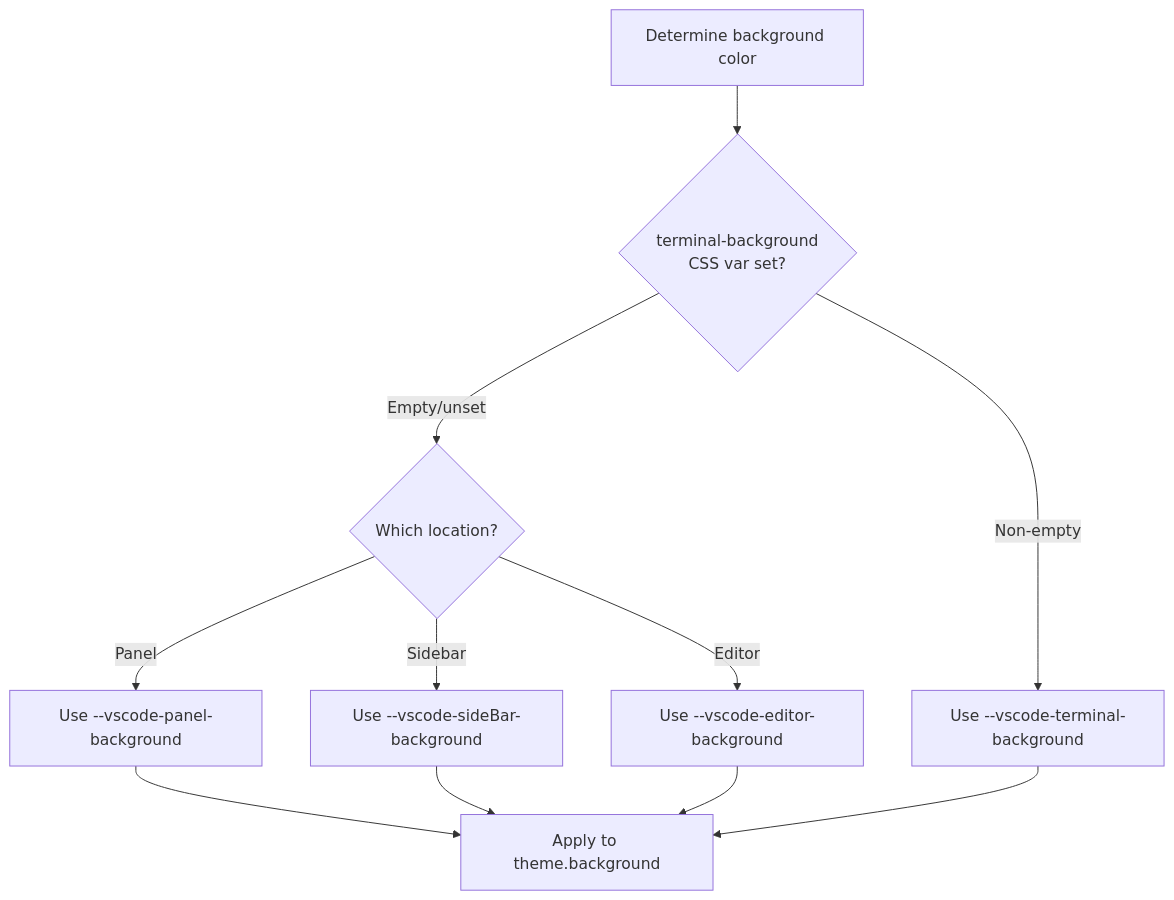
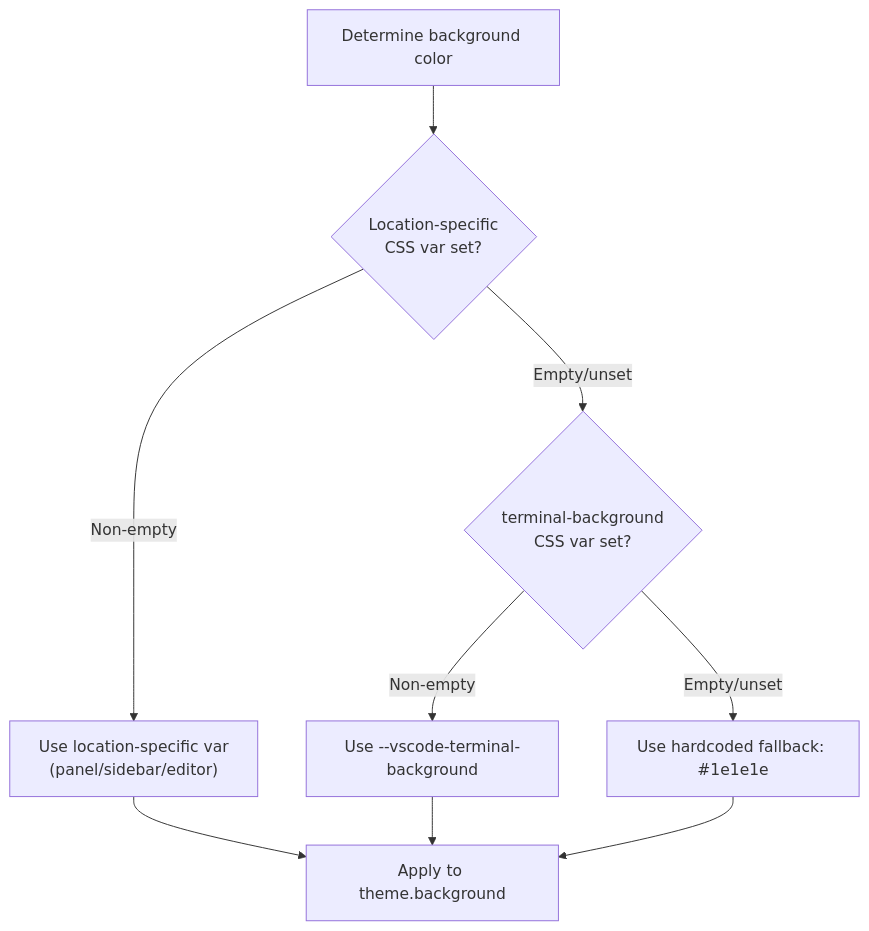
The first of 7 diagrams in docs/design/theme-integration.md (huybuidac/anywhere-terminal), drawn with Mermaid before and after one commit. The commit also changed other lines of this file and 46 other files, not shown here.

Commit message:
refactor: extract terminal factory, split renderer, and flow control into dedicated modules, reducing main.ts to a composition root, and add new webview tests.

````diff
--- a/docs/design/theme-integration.md
+++ b/docs/design/theme-integration.md
@@ -63,13 +79,11 @@
 ```mermaid
 flowchart TD
-    A["Determine background color"] --> B{"terminal-background\nCSS var set?"}
-    B -->|"Non-empty"| C["Use --vscode-terminal-background"]
-    B -->|"Empty/unset"| D{"Which location?"}
-    D -->|"Panel"| E["Use --vscode-panel-background"]
-    D -->|"Sidebar"| F["Use --vscode-sideBar-background"]
-    D -->|"Editor"| G["Use --vscode-editor-background"]
-    E --> H["Apply to theme.background"]
-    F --> H
-    G --> H
-    C --> H
+    A["Determine background color"] --> B{"Location-specific\nCSS var set?"}
+    B -->|"Non-empty"| C["Use location-specific var\n(panel/sidebar/editor)"]
+    B -->|"Empty/unset"| D{"terminal-background\nCSS var set?"}
+    D -->|"Non-empty"| E["Use --vscode-terminal-background"]
+    D -->|"Empty/unset"| F["Use hardcoded fallback: #1e1e1e"]
+    C --> G["Apply to theme.background"]
+    E --> G
+    F --> G
 ```
````
